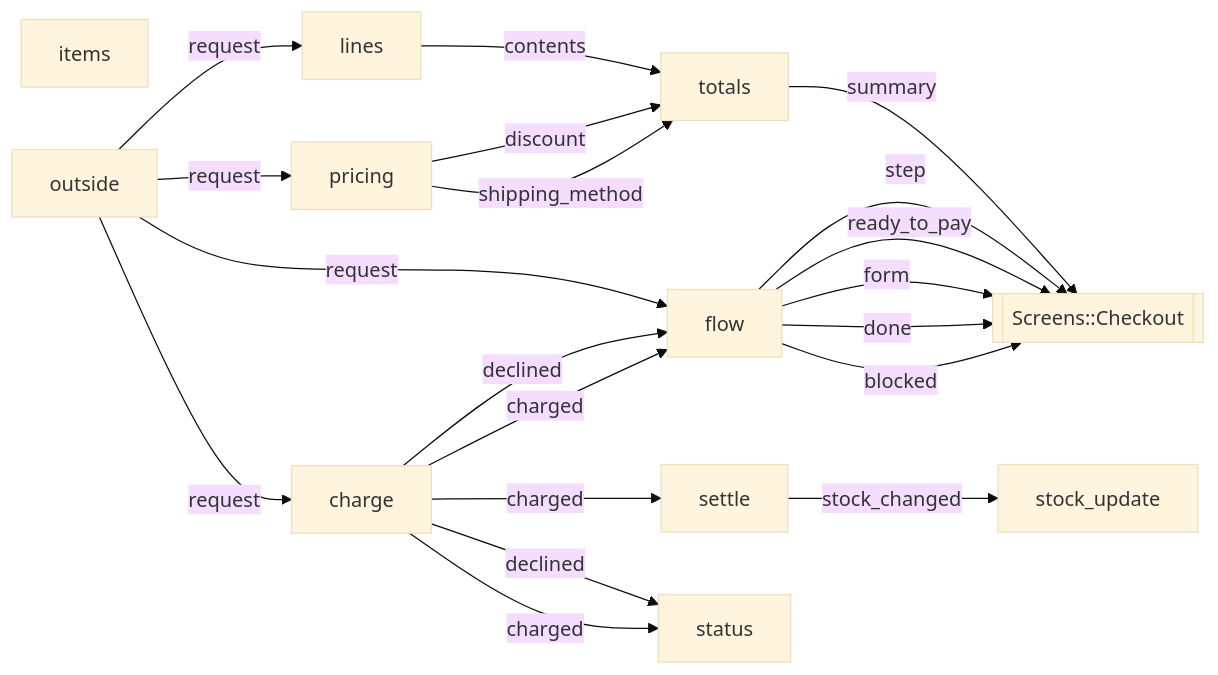
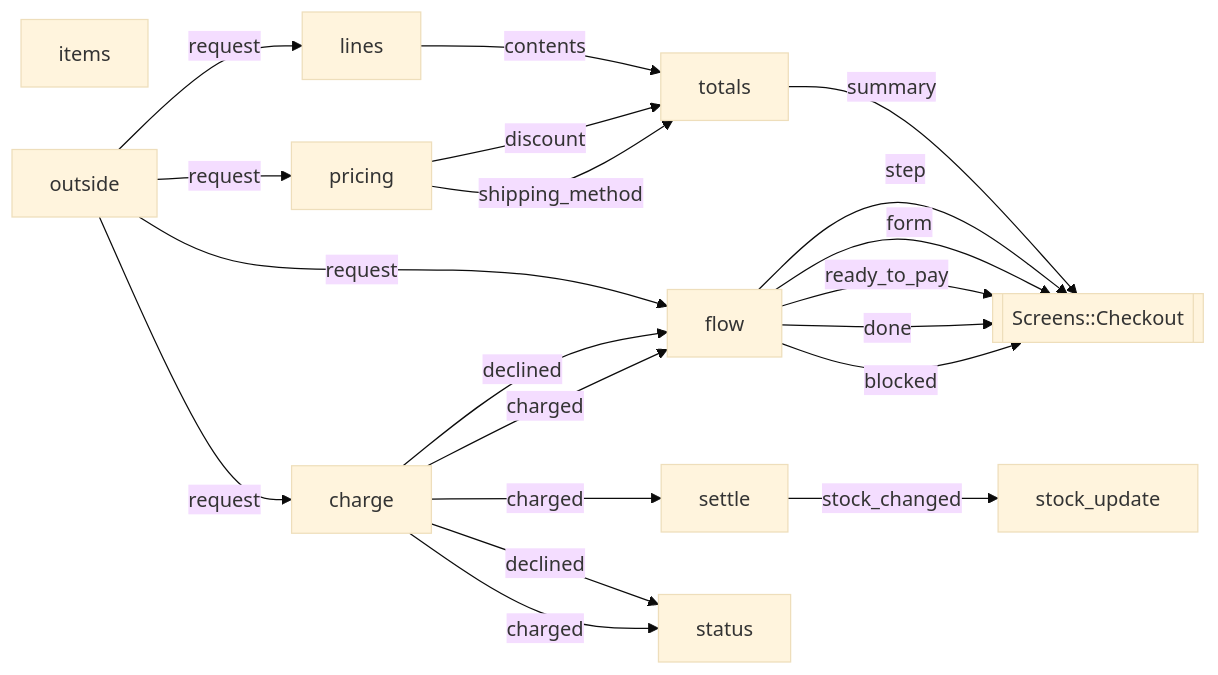
One commit to modellurgist/ala_variants_ruby changed the diagram in v07-plain-features/docs/diagrams/running/checkout.md. Above: the diagram before and after it, drawn with Mermaid (base theme). The commit also changed other lines of this file and 2574 other files, not shown here.

````diff
--- a/v07-plain-features/docs/diagrams/running/checkout.md
+++ b/v07-plain-features/docs/diagrams/running/checkout.md
@@ -3,32 +3,32 @@
 ```mermaid
 flowchart LR
   screen[[Screens::Checkout]]
   lines[lines]
   pricing[pricing]
   totals[totals]
   flow[flow]
   charge[charge]
   settle[settle]
   items[items]
   stock_update[stock_update]
   status[status]
   outside -- request --> lines
   lines -- contents --> totals
   totals -- summary --> screen
   outside -- request --> flow
   flow -- step --> screen
+  outside -- request --> pricing
+  pricing -- discount --> totals
+  pricing -- shipping_method --> totals
+  flow -- form --> screen
   flow -- ready_to_pay --> screen
   outside -- request --> charge
   charge -- declined --> flow
   charge -- declined --> status
-  outside -- request --> pricing
-  pricing -- discount --> totals
-  pricing -- shipping_method --> totals
-  flow -- form --> screen
   charge -- charged --> settle
   settle -- stock_changed --> stock_update
   charge -- charged --> flow
   flow -- done --> screen
   charge -- charged --> status
   flow -- blocked --> screen
 ```
````
